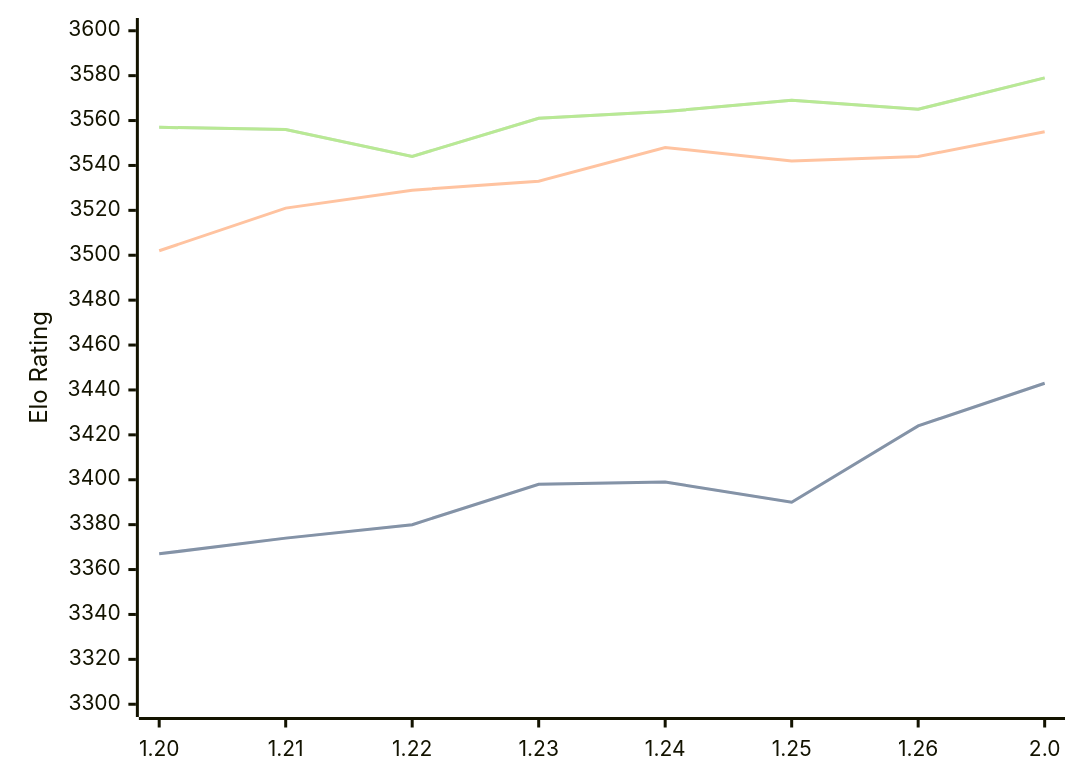
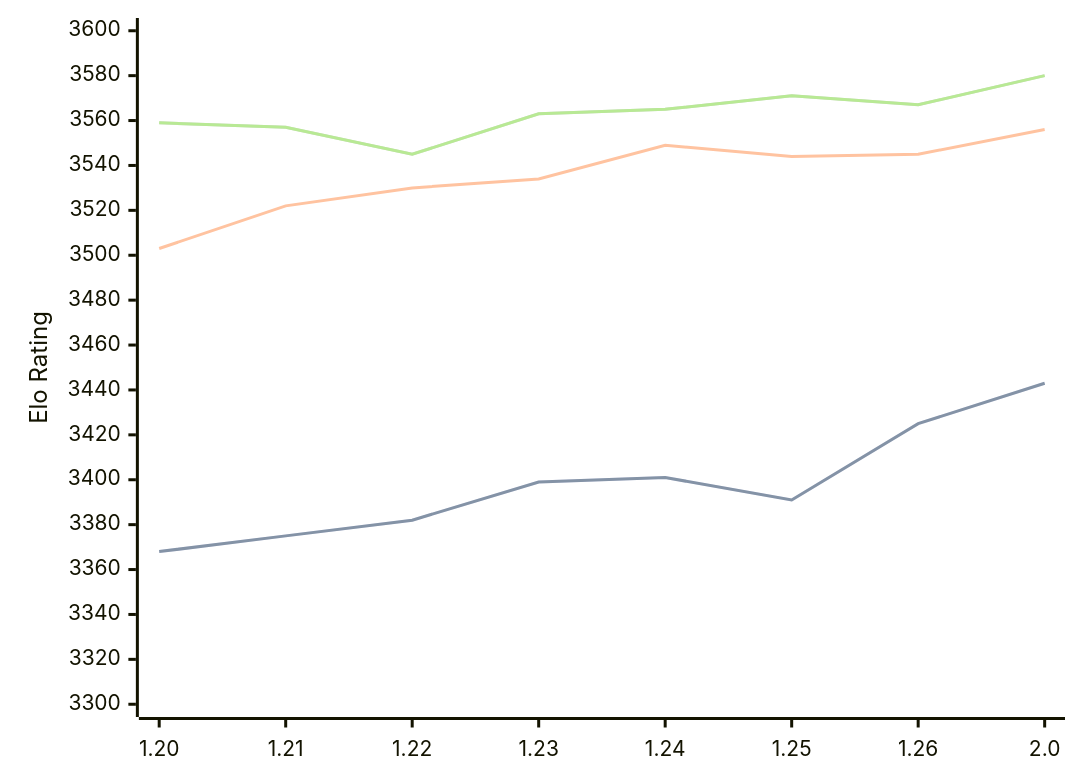
One commit to computer-chess-index/cci changed the diagram in engines/Caissa.md. Above: the diagram before and after it, drawn with Mermaid. The commit also changed other lines of this file, not shown here.

Commit message:
Update CCI Ratings (ELO VLTC) - 2026-10-09

````diff
--- a/engines/Caissa.md
+++ b/engines/Caissa.md
@@ -38,11 +38,11 @@
 ```mermaid
 %%{init: {"theme":"base","themeVariables":{"seriesColors:['#a3a3a3','#222221','#faa371']}}}%%
 xychart-beta
   x-axis ["1.20", "1.21", "1.22", "1.23", "1.24", "1.25", "1.26", "2.0"]
   y-axis "Elo Rating" 3300 --> 3600
-  line "" [3367, 3374, 3380, 3398, 3399, 3390, 3424, 3443]
-  line "STC (8.0+0.08s)" [3367, 3374, 3380, 3398, 3399, 3390, 3424, 3443]
-  line "LTC (60.0+0.60s)" [3502, 3521, 3529, 3533, 3548, 3542, 3544, 3555]
-  line "" [3557, 3556, 3544, 3561, 3564, 3569, 3565, 3579]
-  line "VLTC (2m24s+1.12s)" [3557, 3556, 3544, 3561, 3564, 3569, 3565, 3579]
+  line "" [3368, 3375, 3382, 3399, 3401, 3391, 3425, 3443]
+  line "STC (8.0+0.08s)" [3368, 3375, 3382, 3399, 3401, 3391, 3425, 3443]
+  line "LTC (60.0+0.60s)" [3503, 3522, 3530, 3534, 3549, 3544, 3545, 3556]
+  line "" [3559, 3557, 3545, 3563, 3565, 3571, 3567, 3580]
+  line "VLTC (2m24s+1.12s)" [3559, 3557, 3545, 3563, 3565, 3571, 3567, 3580]
 ```
````
